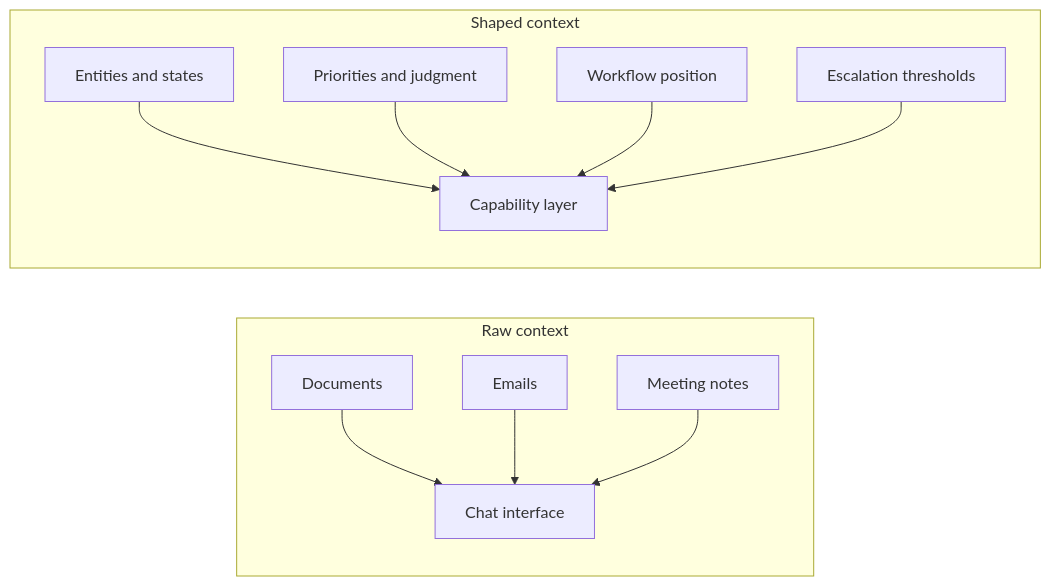
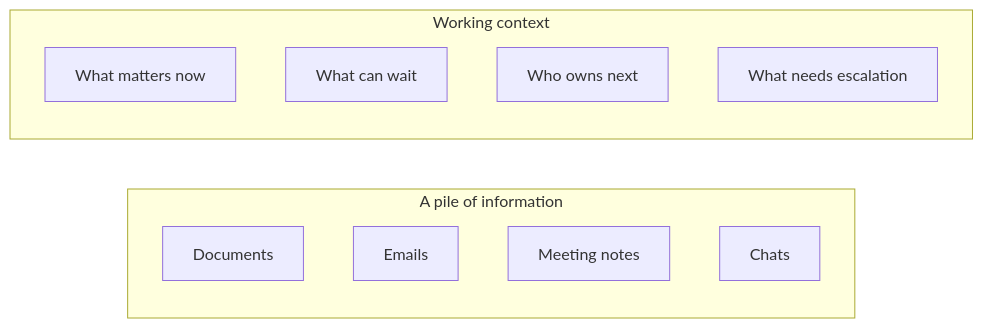
Before and after one commit to dbmcco/dbmcco.github.io: the third of 4 diagrams in _drafts/the-chatbot-is-not-the-product.md, drawn with Mermaid. The commit also changed other lines of this file, not shown here.

Commit message:
refine: sharpen capability examples and diagram layers

```diff
--- a/_drafts/the-chatbot-is-not-the-product.md
+++ b/_drafts/the-chatbot-is-not-the-product.md
@@ -380,24 +395,16 @@
   <div class="mermaid">
 flowchart LR
-  subgraph Left["Raw context"]
+  subgraph Left["A pile of information"]
     L1["Documents"]
     L2["Emails"]
     L3["Meeting notes"]
-    L4["Chat interface"]
-    L1 --> L4
-    L2 --> L4
-    L3 --> L4
+    L4["Chats"]
   end
 
-  subgraph Right["Shaped context"]
-    R1["Entities and states"]
-    R2["Priorities and judgment"]
-    R3["Workflow position"]
-    R4["Escalation thresholds"]
-    R5["Capability layer"]
-    R1 --> R5
-    R2 --> R5
-    R3 --> R5
-    R4 --> R5
+  subgraph Right["Working context"]
+    R1["What matters now"]
+    R2["What can wait"]
+    R3["Who owns next"]
+    R4["What needs escalation"]
   end
   </div>
```
